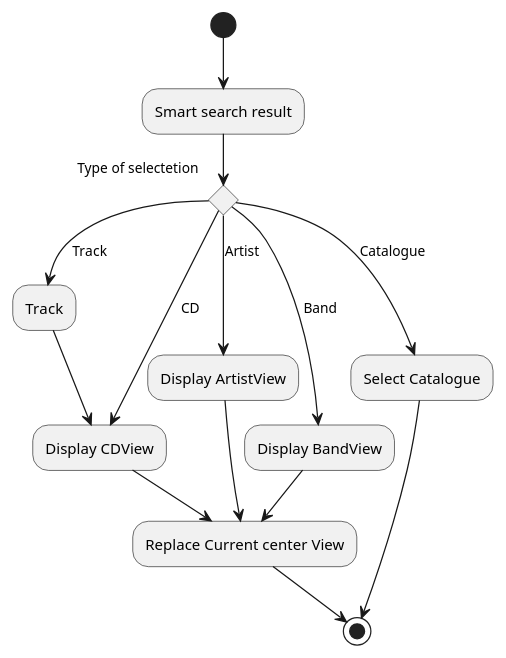
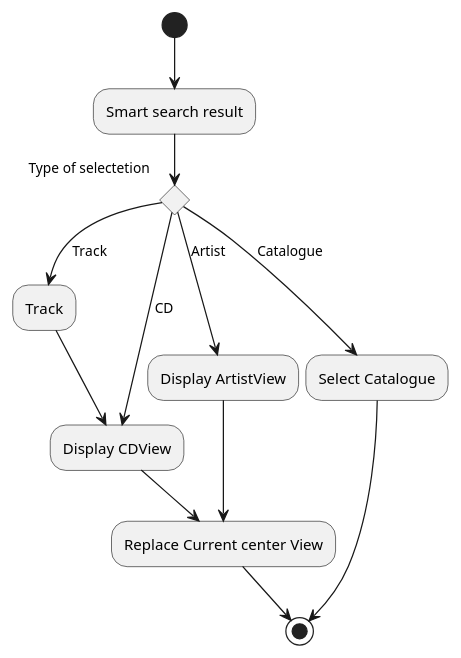
Before and after one commit to AxoKoi/BandurriaJ: the diagram in doc/design/Gui/SmartSearchFlow.puml, drawn with PlantUML. The commit also changed 2 other files, not shown here.

```diff
--- a/doc/design/Gui/SmartSearchFlow.puml
+++ b/doc/design/Gui/SmartSearchFlow.puml
@@ -1,21 +1,18 @@
 @startuml
 (*)  --> "Smart search result"
 If "Type of selectetion" then
 --> [Track] "Track"
 --> "Display CDView"
 else
 --> [CD] "Display CDView"
 --> "Replace Current center View"
 else
 --> [Artist] "Display ArtistView"
 --> "Replace Current center View"
 else
---> [Band] "Display BandView"
---> "Replace Current center View"
-else
 --> [Catalogue] "Select Catalogue"
 -->(*)
 Endif
 "Replace Current center View"-->(*)
 
 @enduml
```
